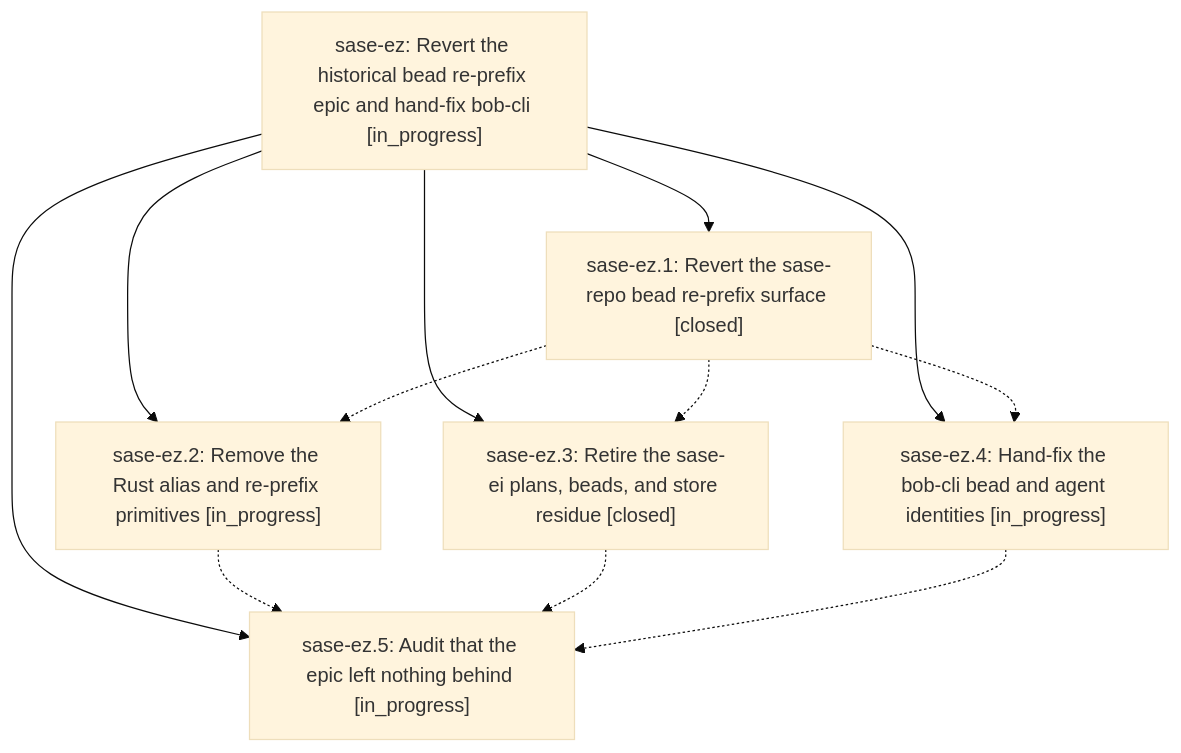
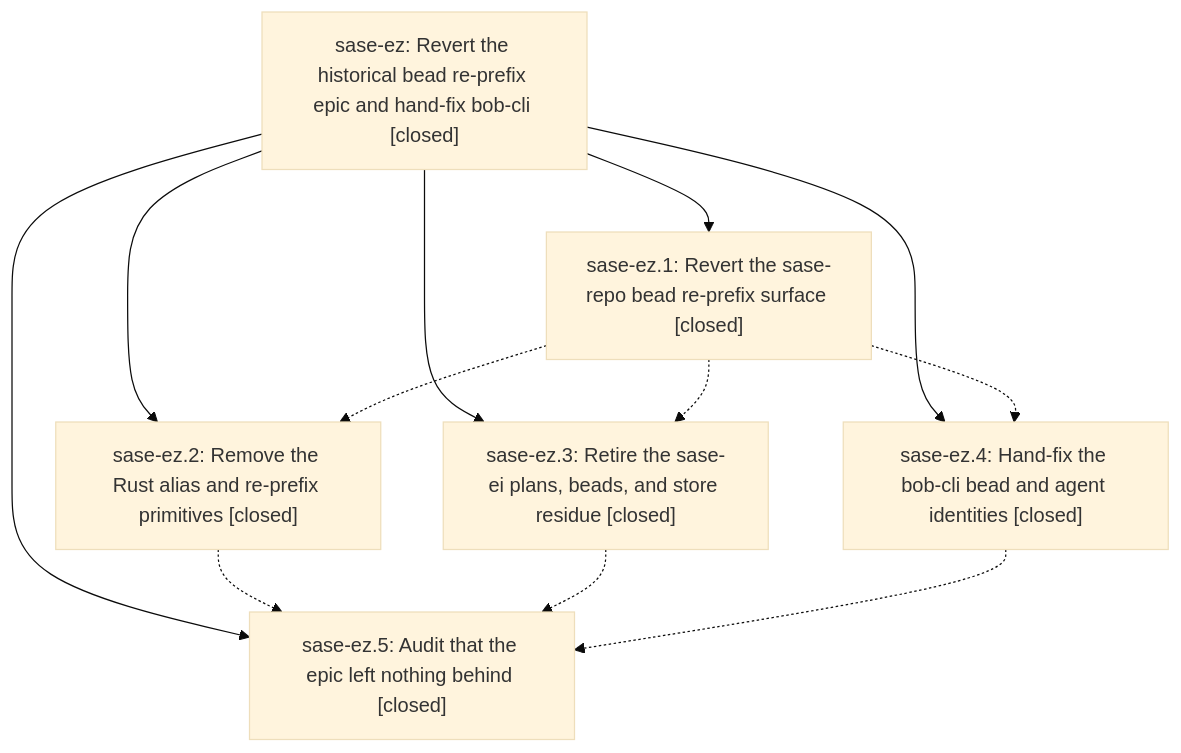
The diagram in pages/sase-ez/README.md (sase-org/sase--beads), drawn with Mermaid (base theme) before and after one commit. The commit also changed other lines of this file and 5 other files, not shown here.

First line of the commit message:
chore(beads): sync bead state and pages for sase-ez

````diff
--- a/pages/sase-ez/README.md
+++ b/pages/sase-ez/README.md
@@ -26,20 +44,20 @@
 ```mermaid
 flowchart TD
-    n0["sase-ez: Revert the historical bead re-prefix epic and hand-fix bob-cli [in_progress]"]
+    n0["sase-ez: Revert the historical bead re-prefix epic and hand-fix bob-cli [closed]"]
     n1["sase-ez.1: Revert the sase-repo bead re-prefix surface [closed]"]
-    n2["sase-ez.2: Remove the Rust alias and re-prefix primitives [in_progress]"]
+    n2["sase-ez.2: Remove the Rust alias and re-prefix primitives [closed]"]
     n3["sase-ez.3: Retire the sase-ei plans, beads, and store residue [closed]"]
-    n4["sase-ez.4: Hand-fix the bob-cli bead and agent identities [in_progress]"]
-    n5["sase-ez.5: Audit that the epic left nothing behind [in_progress]"]
+    n4["sase-ez.4: Hand-fix the bob-cli bead and agent identities [closed]"]
+    n5["sase-ez.5: Audit that the epic left nothing behind [closed]"]
     n0 --> n1
     n0 --> n2
     n0 --> n3
     n0 --> n4
     n0 --> n5
     n1 -.-> n2
     n1 -.-> n3
     n1 -.-> n4
     n2 -.-> n5
     n3 -.-> n5
     n4 -.-> n5
 ```
````
